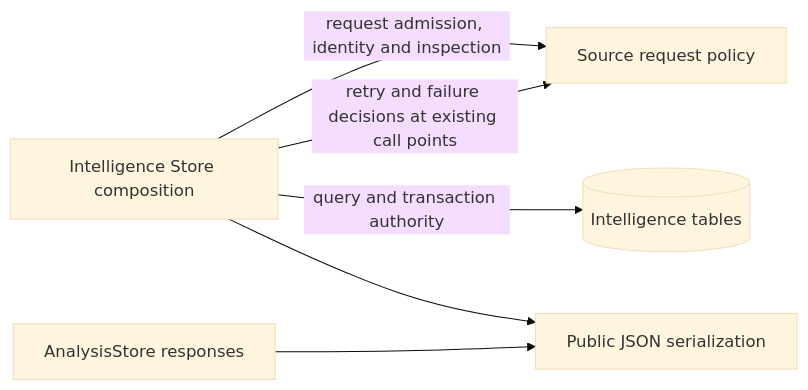
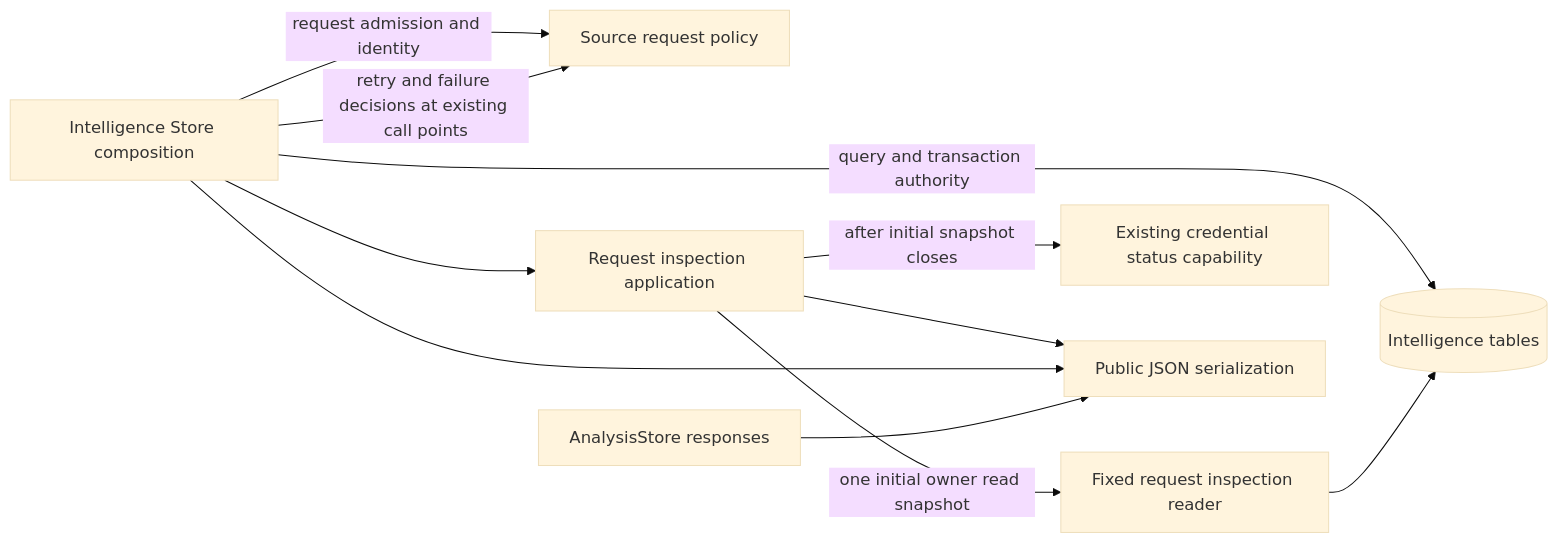
One commit to aaweaver-actuary/tempo changed the diagram in services/intelligence/README.md. Above: the diagram before and after it, drawn with Mermaid (base theme). The commit also changed other lines of this file and 8 other files, not shown here.

Commit message:
Separate Intelligence request inspection from database reads

````diff
--- a/services/intelligence/README.md
+++ b/services/intelligence/README.md
@@ -30,8 +32,13 @@
 ```mermaid
 flowchart LR
-  store[Intelligence Store composition] -->|request admission, identity and inspection| policy[Source request policy]
+  store[Intelligence Store composition] -->|request admission and identity| policy[Source request policy]
   store -->|retry and failure decisions at existing call points| policy
   store -->|query and transaction authority| tables[(Intelligence tables)]
+  store --> inspection[Request inspection application]
+  inspection -->|one initial owner read snapshot| reader[Fixed request inspection reader]
+  reader --> tables
+  inspection -->|after initial snapshot closes| credentials[Existing credential status capability]
+  inspection --> serializer
   store --> serializer[Public JSON serialization]
   analysis[AnalysisStore responses] --> serializer
 ```
````
